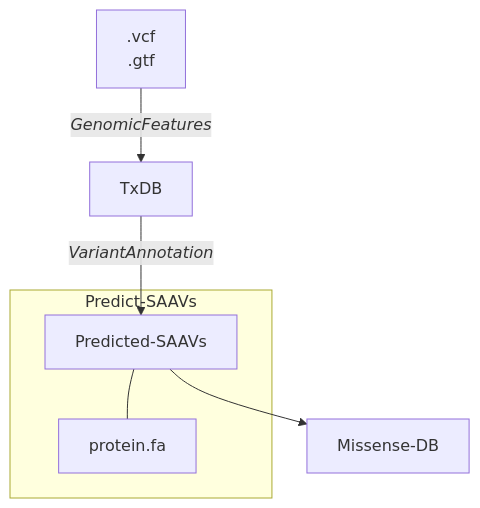
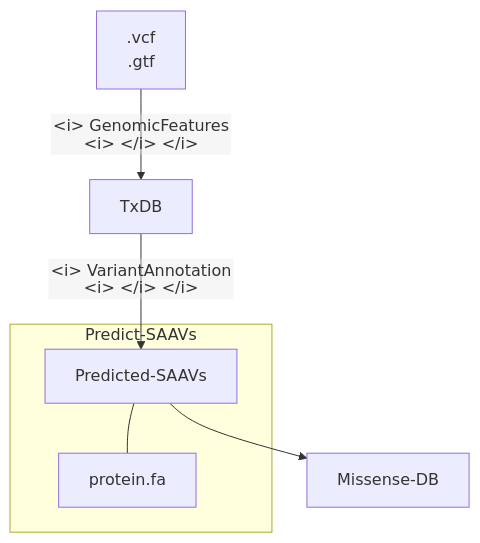
One commit to hdesai17/chemoproteogenomics changed the diagram in README.md. Above: the diagram before and after it, drawn with Mermaid.

````diff
--- a/README.md
+++ b/README.md
@@ -19,12 +19,12 @@
 ```mermaid
-
-flowchart TB;
+%%{init: {"flowchart": {"htmlLabels": false}} }%%
+flowchart TB
    newLines[.vcf
    .gtf]
    newLines-->|<i>GenomicFeatures<i>|TxDB
    TxDB-->|<i>VariantAnnotation<i>|Predicted-SAAVs
    subgraph Predict-SAAVs
    Predicted-SAAVs---protein.fa
    end
    Predicted-SAAVs-->Missense-DB;
 ```
````
